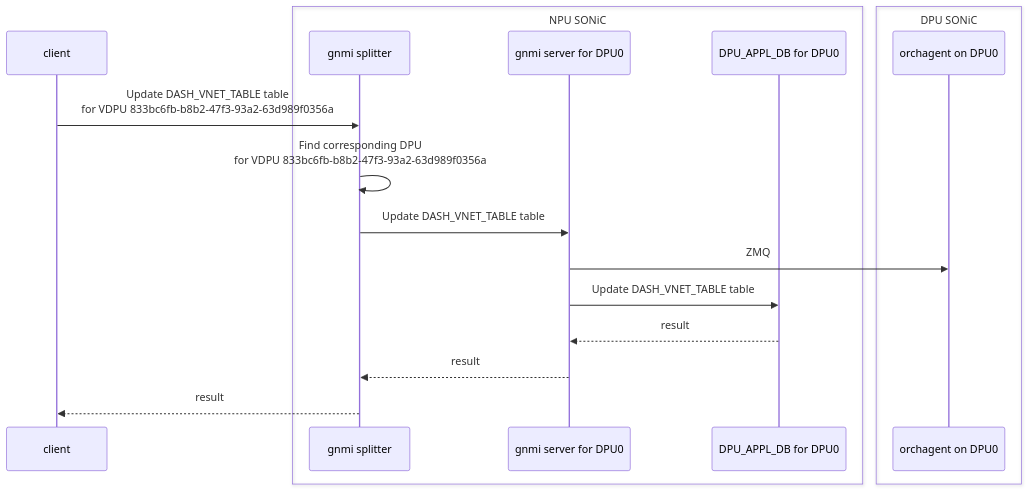
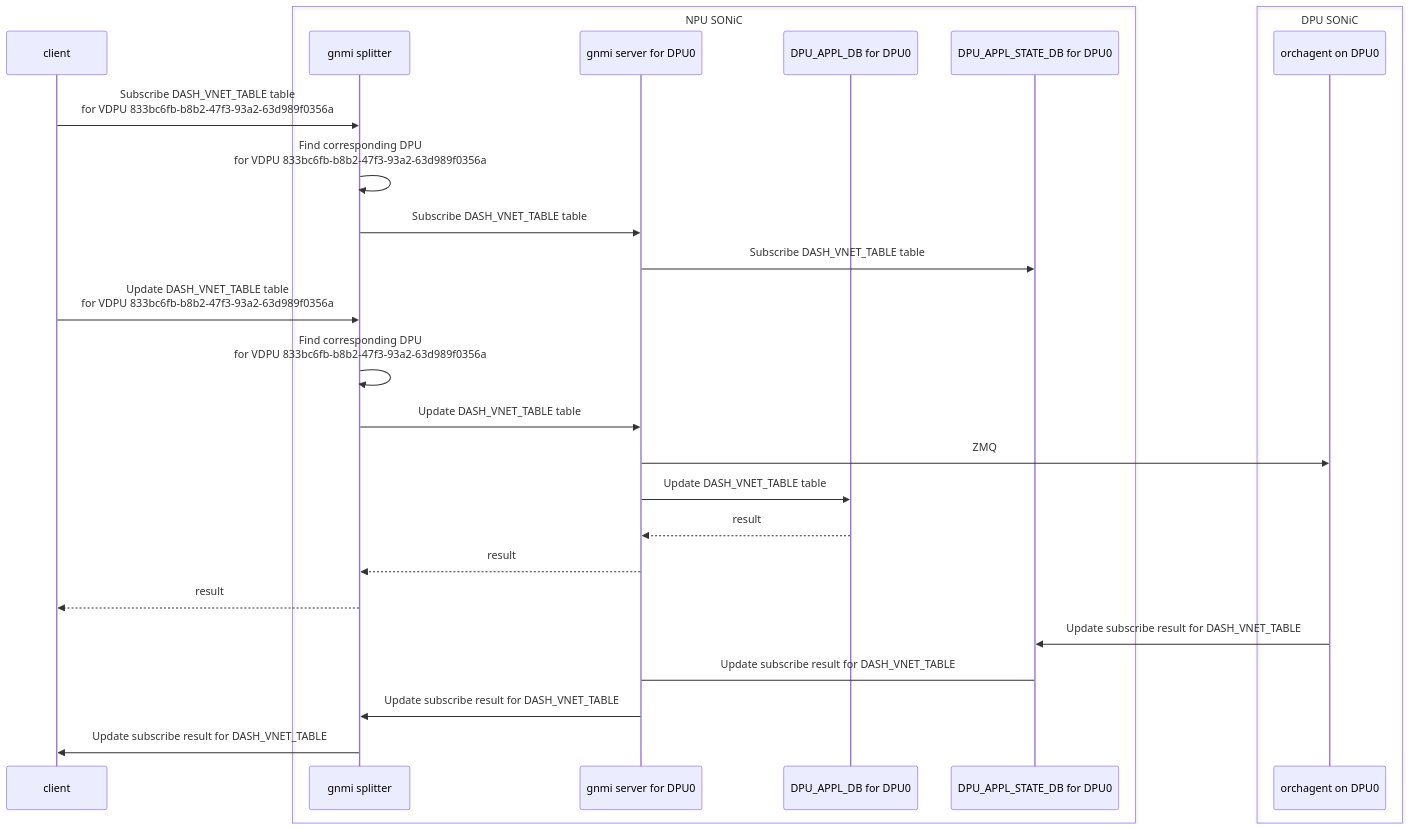
Before and after one commit to wen587/mermaid: the diagram in VDPU_PROGRAMMING.md, drawn with Mermaid.

````diff
--- a/VDPU_PROGRAMMING.md
+++ b/VDPU_PROGRAMMING.md
@@ -1,20 +1,29 @@
 ```mermaid
 sequenceDiagram
     participant client
     box NPU SONiC
         participant gnmi splitter
         participant gnmi server for DPU0
         participant DPU_APPL_DB for DPU0
+        participant DPU_APPL_STATE_DB for DPU0
     end
     box DPU SONiC
         participant orchagent on DPU0
     end
+    client->>gnmi splitter: Subscribe DASH_VNET_TABLE table<br>for VDPU 833bc6fb-b8b2-47f3-93a2-63d989f0356a
+    gnmi splitter->>gnmi splitter: Find corresponding DPU<br> for VDPU 833bc6fb-b8b2-47f3-93a2-63d989f0356a
+    gnmi splitter->>gnmi server for DPU0: Subscribe DASH_VNET_TABLE table
+    gnmi server for DPU0->>DPU_APPL_STATE_DB for DPU0: Subscribe DASH_VNET_TABLE table
     client->>gnmi splitter: Update DASH_VNET_TABLE table<br>for VDPU 833bc6fb-b8b2-47f3-93a2-63d989f0356a
     gnmi splitter->>gnmi splitter: Find corresponding DPU<br> for VDPU 833bc6fb-b8b2-47f3-93a2-63d989f0356a
     gnmi splitter->>gnmi server for DPU0: Update DASH_VNET_TABLE table
     gnmi server for DPU0->>orchagent on DPU0: ZMQ
     gnmi server for DPU0->>DPU_APPL_DB for DPU0: Update DASH_VNET_TABLE table
     DPU_APPL_DB for DPU0-->>gnmi server for DPU0: result
     gnmi server for DPU0-->>gnmi splitter: result
     gnmi splitter-->>client: result
+    orchagent on DPU0->>DPU_APPL_STATE_DB for DPU0: Update subscribe result for DASH_VNET_TABLE
+    DPU_APPL_STATE_DB for DPU0->gnmi server for DPU0: Update subscribe result for DASH_VNET_TABLE
+    gnmi server for DPU0->>gnmi splitter: Update subscribe result for DASH_VNET_TABLE
+    gnmi splitter->>client: Update subscribe result for DASH_VNET_TABLE
 ```
````
